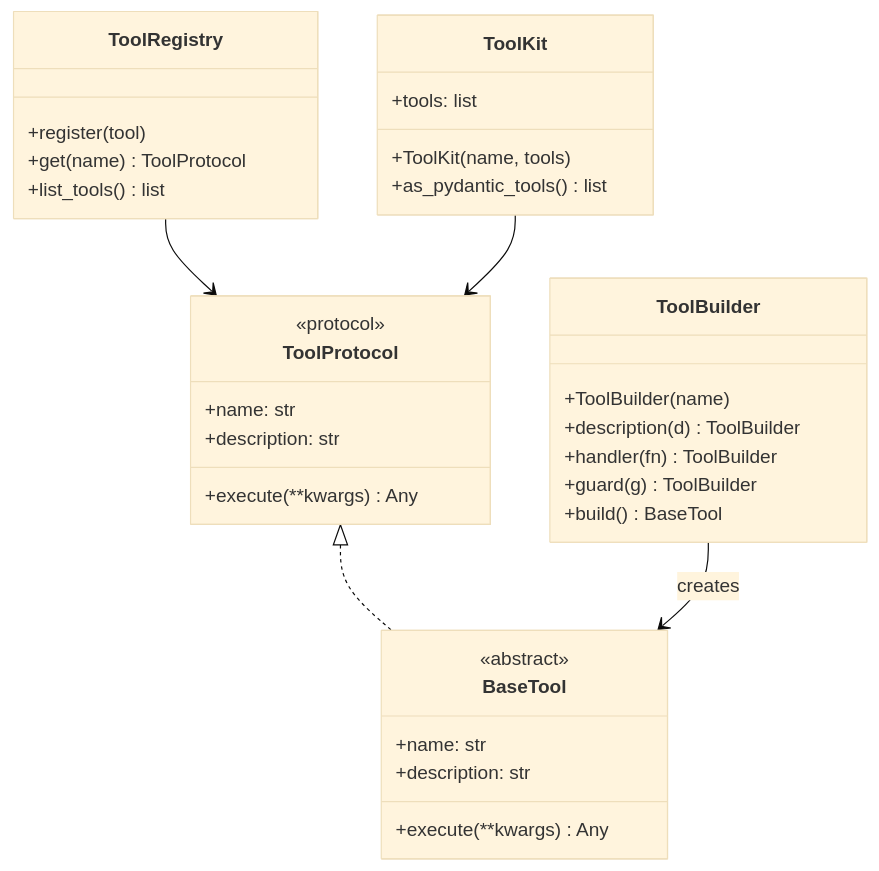
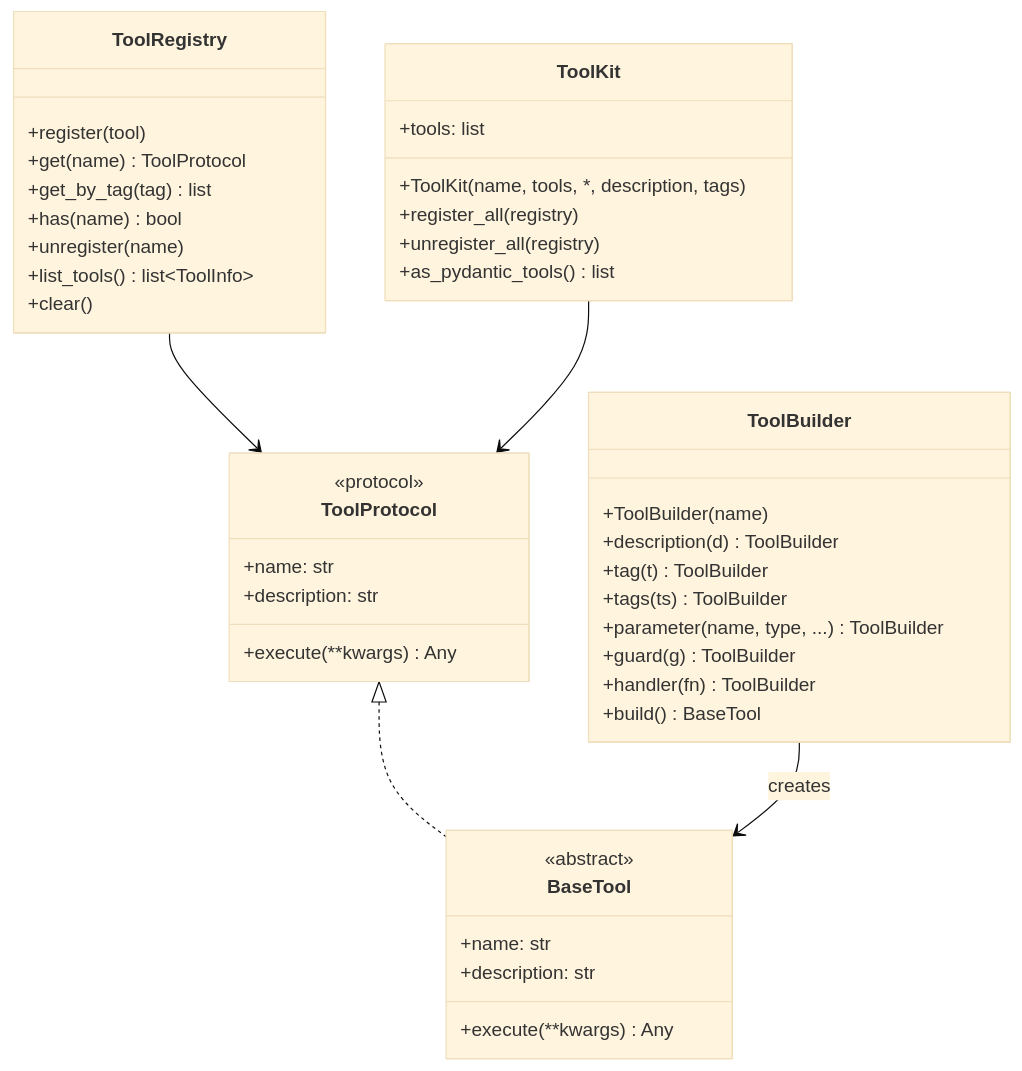
One commit to fireflyframework/fireflyframework-agentic changed the first of 3 diagrams in docs/tools.md. Above: the diagram before and after it, drawn with Mermaid (base theme). The commit also changed other lines of this file and 20 other files, not shown here.

````diff
--- a/docs/tools.md
+++ b/docs/tools.md
@@ -16,41 +30,50 @@
 ```mermaid
 classDiagram
     class ToolProtocol {
         <<protocol>>
         +name: str
         +description: str
         +execute(**kwargs) Any
     }
 
     class BaseTool {
         <<abstract>>
         +name: str
         +description: str
         +execute(**kwargs) Any
     }
 
     class ToolBuilder {
         +ToolBuilder(name)
         +description(d) ToolBuilder
+        +tag(t) ToolBuilder
+        +tags(ts) ToolBuilder
+        +parameter(name, type, ...) ToolBuilder
+        +guard(g) ToolBuilder
         +handler(fn) ToolBuilder
-        +guard(g) ToolBuilder
         +build() BaseTool
     }
 
     class ToolRegistry {
         +register(tool)
         +get(name) ToolProtocol
-        +list_tools() list
+        +get_by_tag(tag) list
+        +has(name) bool
+        +unregister(name)
+        +list_tools() list~ToolInfo~
+        +clear()
     }
 
     class ToolKit {
-        +ToolKit(name, tools)
+        +ToolKit(name, tools, *, description, tags)
         +tools: list
+        +register_all(registry)
+        +unregister_all(registry)
         +as_pydantic_tools() list
     }
 
     ToolProtocol <|.. BaseTool
     ToolBuilder --> BaseTool : creates
     ToolRegistry --> ToolProtocol
     ToolKit --> ToolProtocol
 ```
````
